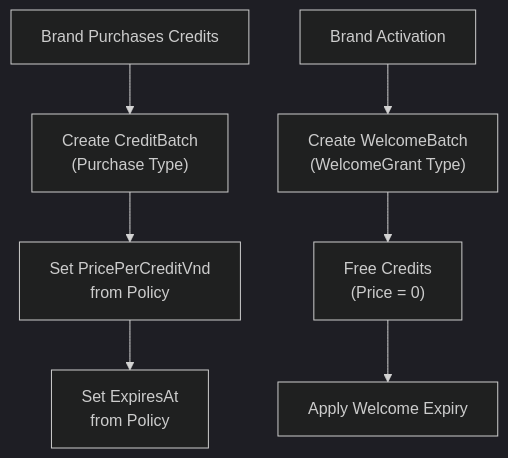
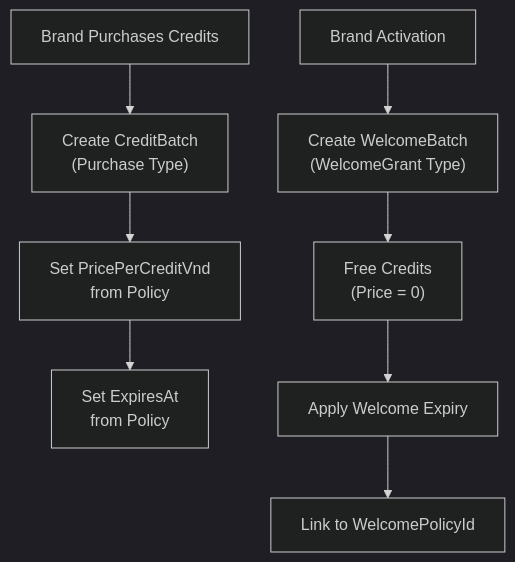
The ninth of 21 diagrams in .qoder/repowiki/en/content/Business Logic and Workflows/Business Logic and Workflows.md (lamhongbac/NonCash), drawn with Mermaid (dark theme) before and after one commit. The commit also changed other lines of this file and 28 other files, not shown here.

````diff
--- a/.qoder/repowiki/en/content/Business Logic and Workflows/Business Logic and Workflows.md
+++ b/.qoder/repowiki/en/content/Business Logic and Workflows/Business Logic and Workflows.md
@@ -421,9 +428,10 @@
 ```mermaid
 flowchart TD
 Purchase["Brand Purchases Credits"] --> CreateBatch["Create CreditBatch<br/>(Purchase Type)"]
 CreateBatch --> SetPrice["Set PricePerCreditVnd<br/>from Policy"]
 SetPrice --> SetExpiry["Set ExpiresAt<br/>from Policy"]
 Welcome["Brand Activation"] --> WelcomeBatch["Create WelcomeBatch<br/>(WelcomeGrant Type)"]
 WelcomeBatch --> FreePrice["Free Credits<br/>(Price = 0)"]
 FreePrice --> WelcomeExpiry["Apply Welcome Expiry"]
+WelcomeExpiry --> LinkPolicy["Link to WelcomePolicyId"]
 ```
````
